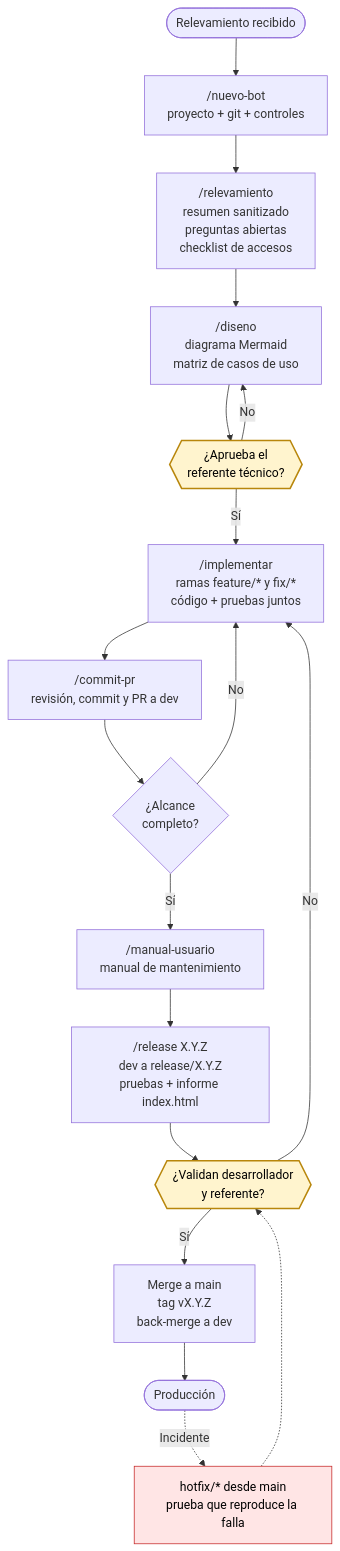
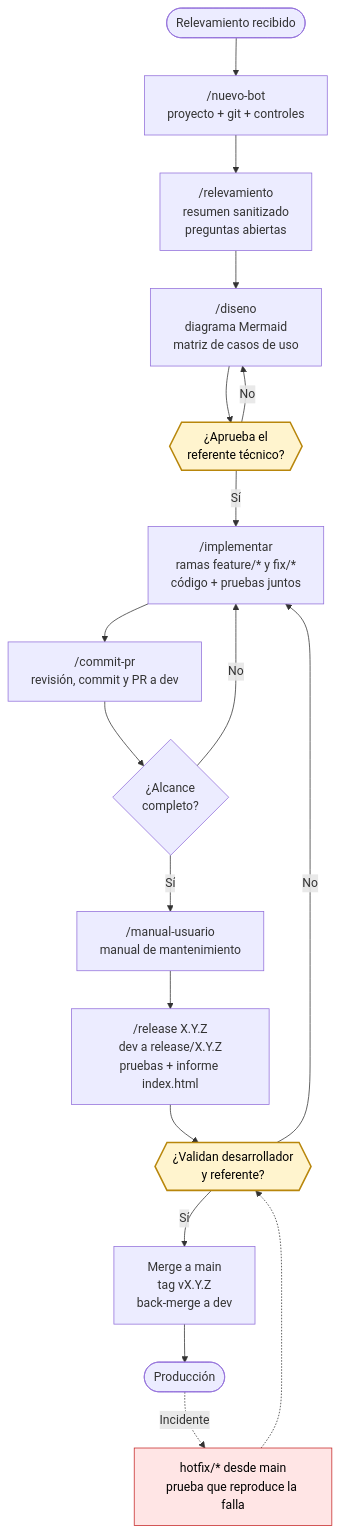
The diagram in docs/ciclo-implementacion.md (crowe-uy/agentic-coding-config-claude), drawn with Mermaid before and after one commit. The commit also changed other lines of this file and 22 other files, not shown here.

````diff
--- a/docs/ciclo-implementacion.md
+++ b/docs/ciclo-implementacion.md
@@ -5,25 +5,25 @@
 ```mermaid
 flowchart TD
     A([Relevamiento recibido]) --> B["/nuevo-bot<br/>proyecto + git + controles"]
-    B --> C["/relevamiento<br/>resumen sanitizado<br/>preguntas abiertas<br/>checklist de accesos"]
+    B --> C["/relevamiento<br/>resumen sanitizado<br/>preguntas abiertas"]
     C --> D["/diseno<br/>diagrama Mermaid<br/>matriz de casos de uso"]
     D --> E{{"¿Aprueba el<br/>referente técnico?"}}
     E -->|No| D
     E -->|Sí| F["/implementar<br/>ramas feature/* y fix/*<br/>código + pruebas juntos"]
     F --> G["/commit-pr<br/>revisión, commit y PR a dev"]
     G --> H{"¿Alcance<br/>completo?"}
     H -->|No| F
     H -->|Sí| I["/manual-usuario<br/>manual de mantenimiento"]
     I --> J["/release X.Y.Z<br/>dev a release/X.Y.Z<br/>pruebas + informe index.html"]
     J --> K{{"¿Validan desarrollador<br/>y referente?"}}
     K -->|No| F
     K -->|Sí| L["Merge a main<br/>tag vX.Y.Z<br/>back-merge a dev"]
     L --> M([Producción])
     M -.->|Incidente| N["hotfix/* desde main<br/>prueba que reproduce la falla"]
     N -.-> K
 
     classDef aprobacion fill:#fff4ce,stroke:#b8860b,stroke-width:2px,color:#000
     classDef incidente fill:#ffe5e5,stroke:#c62828,color:#000
     class E,K aprobacion
     class N incidente
 ```
````
